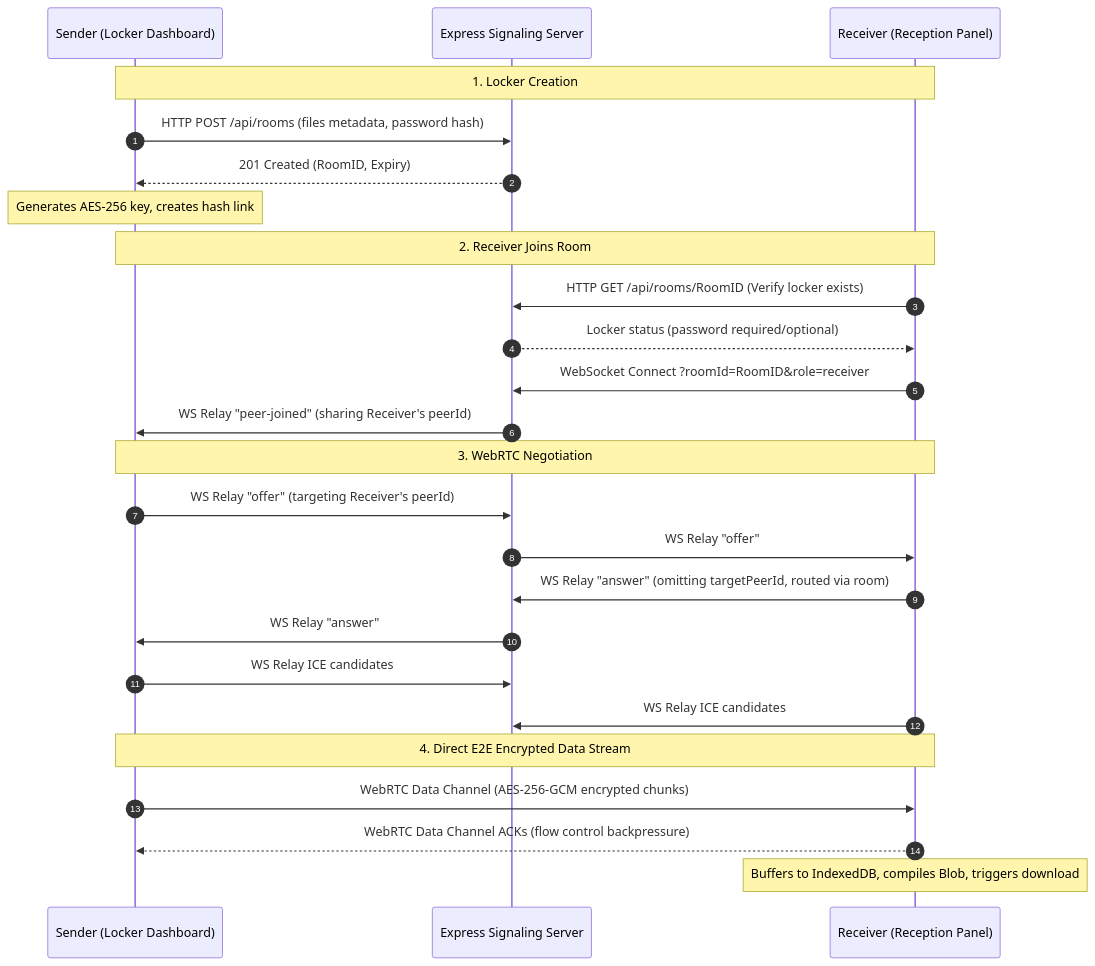
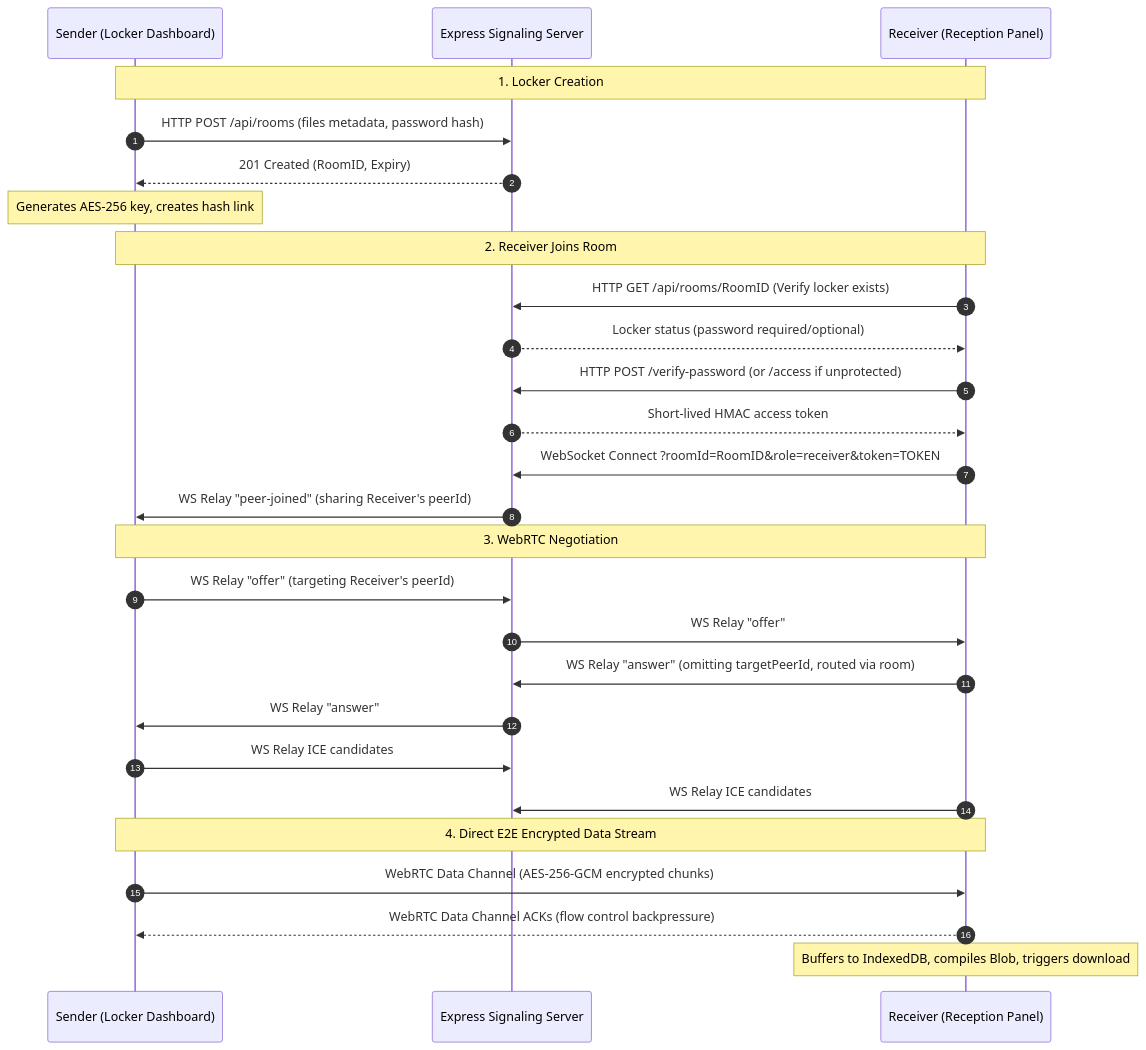
The diagram in README.md (zihaaaad/SendFiles), drawn with Mermaid before and after one commit. The commit also changed other lines of this file and 15 other files, not shown here.

````diff
--- a/README.md
+++ b/README.md
@@ -34,31 +35,33 @@
 ```mermaid
 sequenceDiagram
     autonumber
     participant Sender as Sender (Locker Dashboard)
     participant Server as Express Signaling Server
     participant Receiver as Receiver (Reception Panel)
 
     Note over Sender,Receiver: 1. Locker Creation
     Sender->>Server: HTTP POST /api/rooms (files metadata, password hash)
     Server-->>Sender: 201 Created (RoomID, Expiry)
     Note over Sender: Generates AES-256 key, creates hash link
     
     Note over Sender,Receiver: 2. Receiver Joins Room
     Receiver->>Server: HTTP GET /api/rooms/RoomID (Verify locker exists)
     Server-->>Receiver: Locker status (password required/optional)
-    Receiver->>Server: WebSocket Connect ?roomId=RoomID&role=receiver
+    Receiver->>Server: HTTP POST /verify-password (or /access if unprotected)
+    Server-->>Receiver: Short-lived HMAC access token
+    Receiver->>Server: WebSocket Connect ?roomId=RoomID&role=receiver&token=TOKEN
     Server->>Sender: WS Relay "peer-joined" (sharing Receiver's peerId)
     
     Note over Sender,Receiver: 3. WebRTC Negotiation
     Sender->>Server: WS Relay "offer" (targeting Receiver's peerId)
     Server->>Receiver: WS Relay "offer"
     Receiver->>Server: WS Relay "answer" (omitting targetPeerId, routed via room)
     Server->>Sender: WS Relay "answer"
     Sender->>Server: WS Relay ICE candidates
     Receiver->>Server: WS Relay ICE candidates
     
     Note over Sender,Receiver: 4. Direct E2E Encrypted Data Stream
     Sender->>Receiver: WebRTC Data Channel (AES-256-GCM encrypted chunks)
     Receiver-->>Sender: WebRTC Data Channel ACKs (flow control backpressure)
     Note over Receiver: Buffers to IndexedDB, compiles Blob, triggers download
 ```
````
